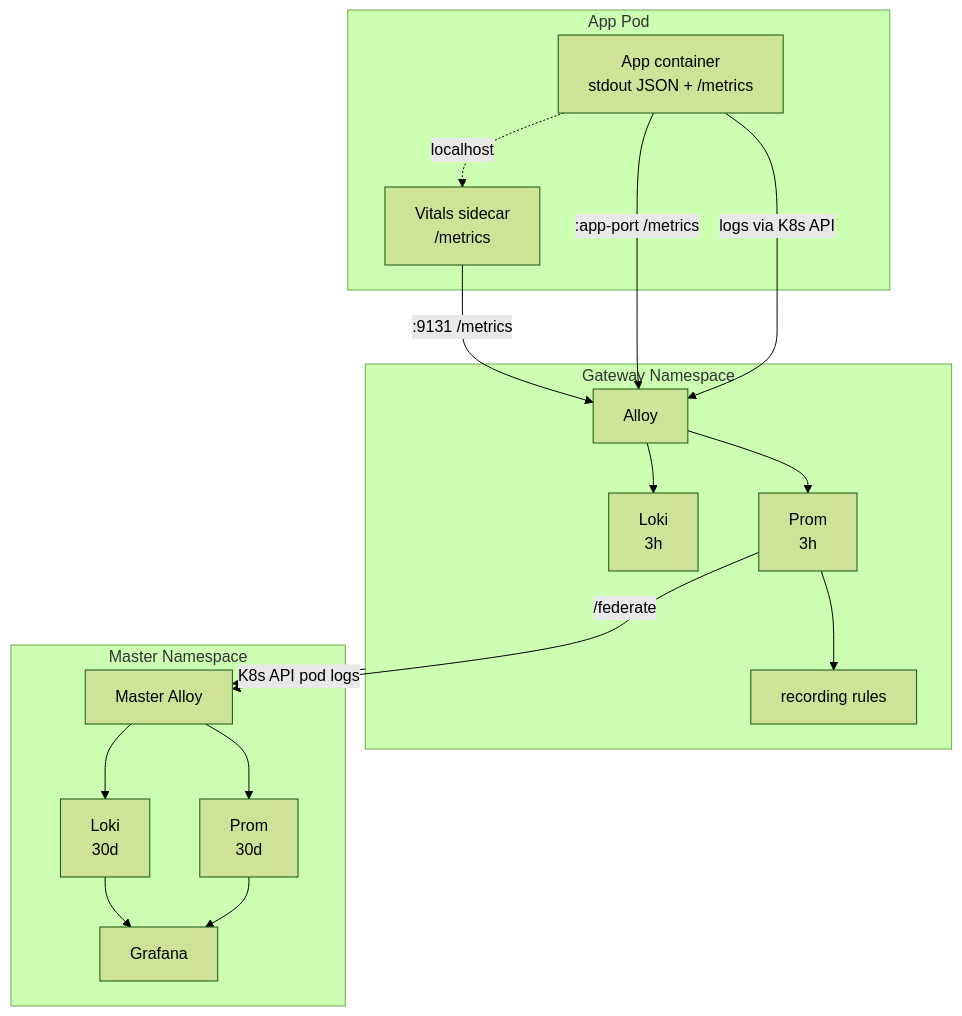
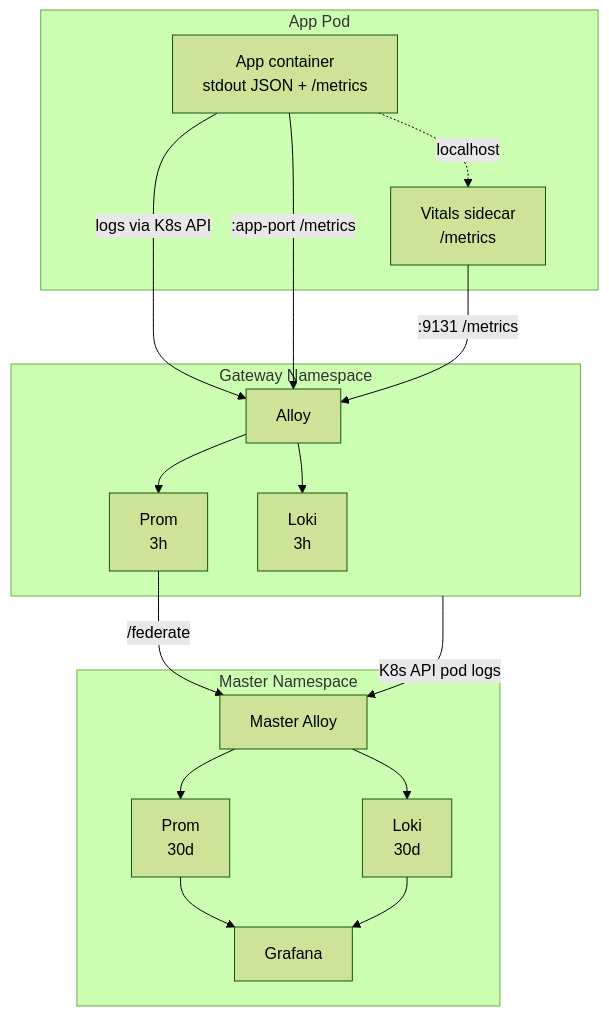
The second of 2 diagrams in docs/reference/patterns/observability-contract.md (Kord96/kordinate), drawn with Mermaid (forest theme) before and after one commit. The commit also changed other lines of this file, not shown here.

First line of the commit message:
docs: remove recording rules from observability contract [scribe]

````diff
--- a/docs/reference/patterns/observability-contract.md
+++ b/docs/reference/patterns/observability-contract.md
@@ -142,25 +124,24 @@
 ```mermaid
 flowchart TB
     subgraph pod[App Pod]
         A[App container<br/>stdout JSON + /metrics]
         V[Vitals sidecar<br/>/metrics]
         A -.->|localhost| V
     end
 
     subgraph gw[Gateway Namespace]
         AL[Alloy] --> P[Prom<br/>3h] & L[Loki<br/>3h]
-        P --> RR[recording rules]
     end
 
     A -->|logs via K8s API| AL
     A -->|:app-port /metrics| AL
     V -->|:9131 /metrics| AL
 
     subgraph master[Master Namespace]
         MA[Master Alloy] --> MP[Prom<br/>30d] & ML[Loki<br/>30d]
         MP & ML --> G[Grafana]
     end
 
     P -->|/federate| MA
     gw -->|K8s API pod logs| MA
 ```
````
